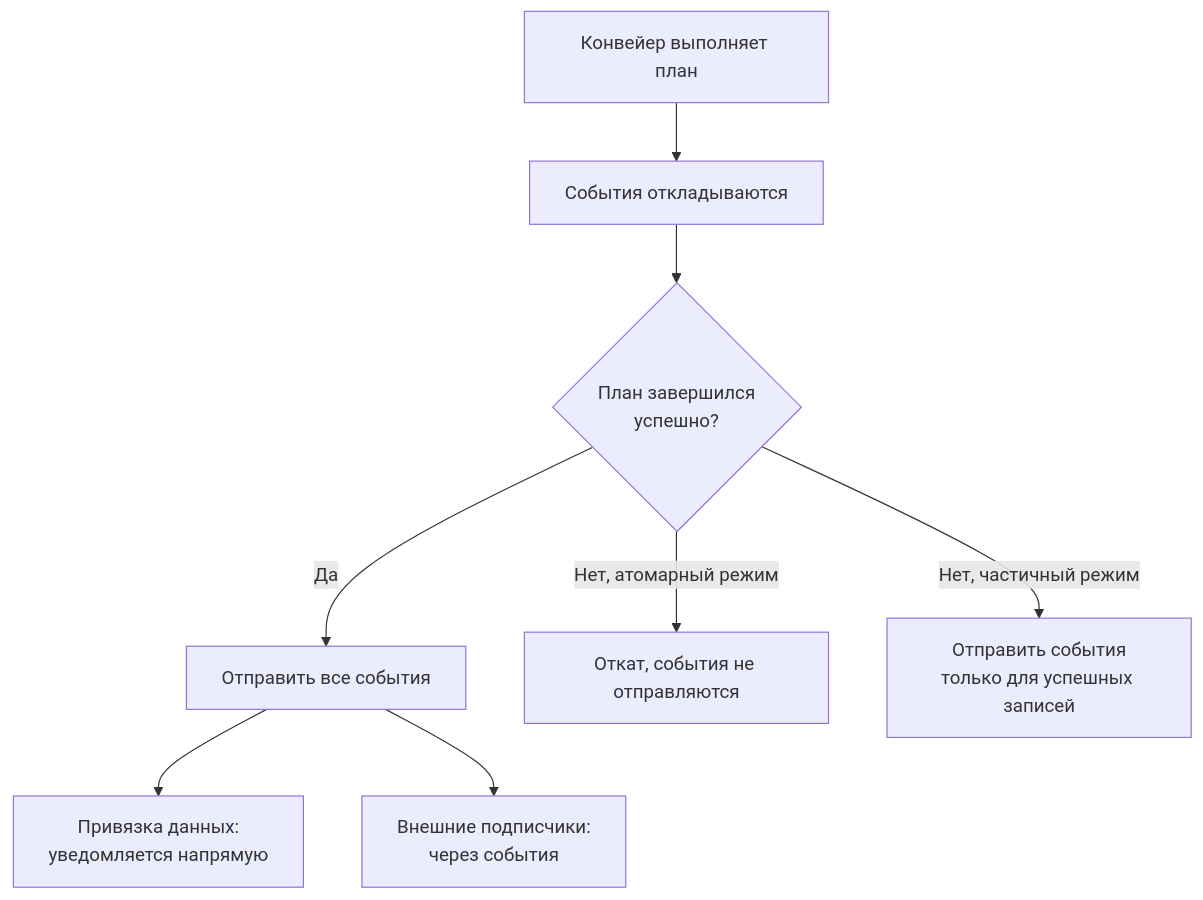
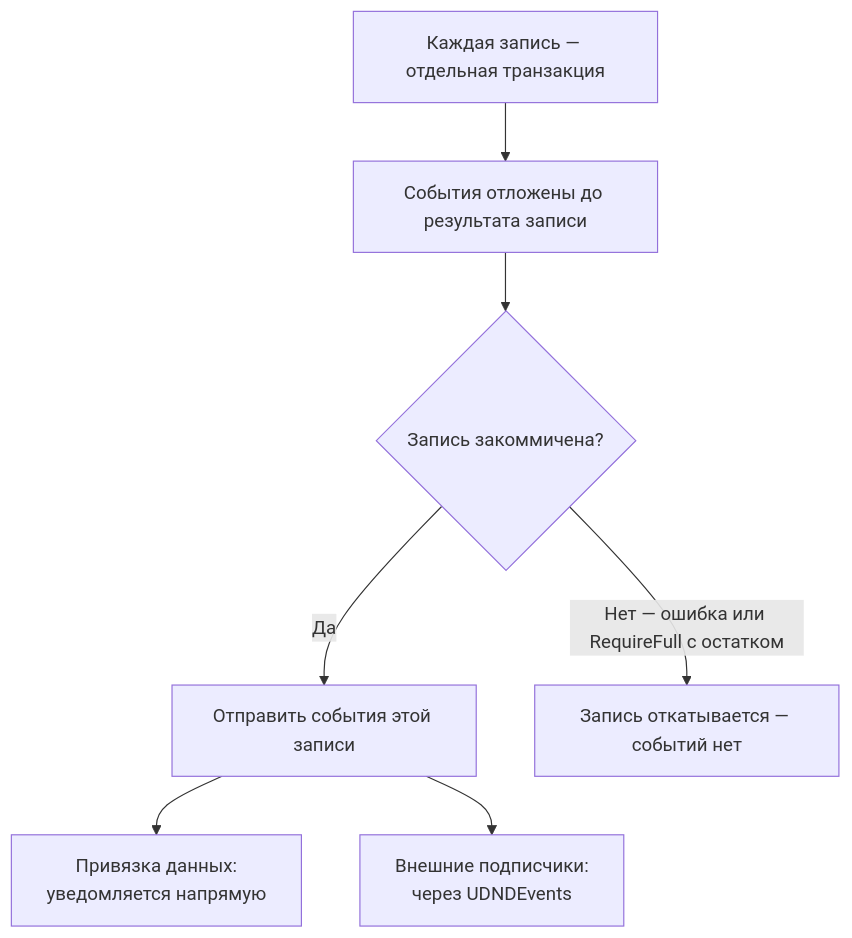
The second of 2 diagrams in .docs/content/reference/events.ru.md (SergeevSergey99/DragAndDropSystem-Docs), drawn with Mermaid before and after one commit. The commit also changed other lines of this file and 2 other files, not shown here.

Commit message:
еще правки доков

````diff
--- a/.docs/content/reference/events.ru.md
+++ b/.docs/content/reference/events.ru.md
@@ -135,11 +137,10 @@
 ```mermaid
 flowchart TB
-    ПЛАН["Конвейер выполняет план"] --> ОТКЛ["События откладываются"]
-    ОТКЛ --> УСПЕХ{"План завершился\nуспешно?"}
-    УСПЕХ -->|"Да"| ОТПР["Отправить все события"]
-    УСПЕХ -->|"Нет, атомарный режим"| ОТКАТ["Откат, события не отправляются"]
-    УСПЕХ -->|"Нет, частичный режим"| ЧАСТЬ["Отправить события\nтолько для успешных записей"]
+    ЗАПИСЬ["Каждая запись — отдельная транзакция"] --> ОТКЛ["События отложены до результата записи"]
+    ОТКЛ --> УСПЕХ{"Запись закоммичена?"}
+    УСПЕХ -->|"Да"| ОТПР["Отправить события этой записи"]
+    УСПЕХ -->|"Нет — ошибка или RequireFull с остатком"| ОТКАТ["Запись откатывается — событий нет"]
 
     ОТПР --> ПД["Привязка данных:\nуведомляется напрямую"]
-    ОТПР --> ВП["Внешние подписчики:\nчерез события"]
+    ОТПР --> ВП["Внешние подписчики:\nчерез UDNDEvents"]
 ```
````
